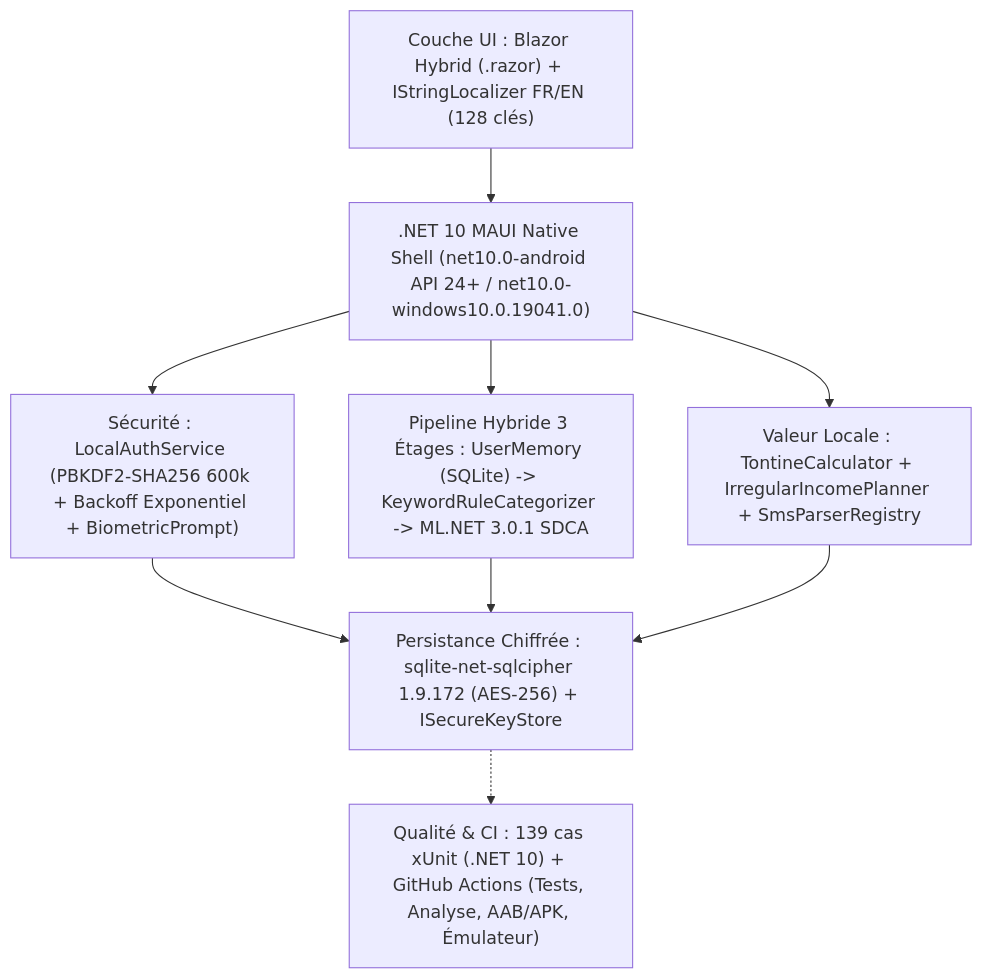
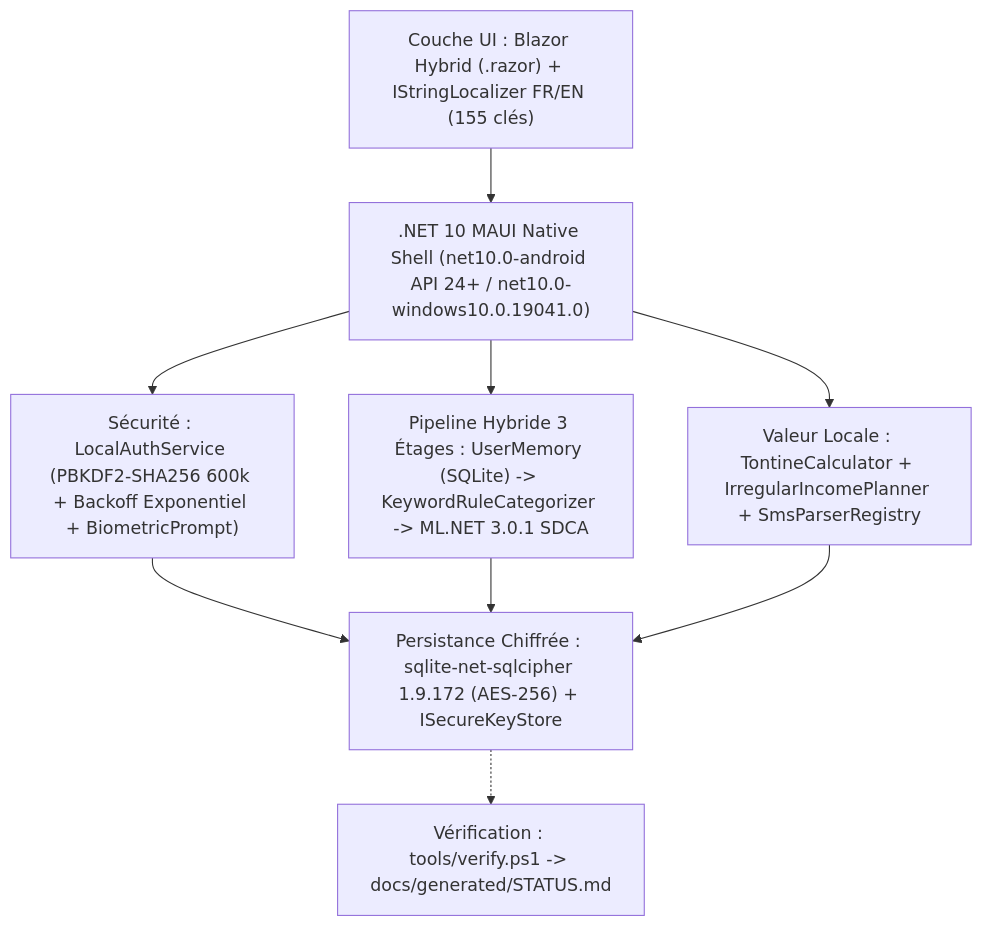
Before and after one commit to ElogeKenzo/SmartBudgetML: the diagram in RAPPORT_PROJET.md, drawn with Mermaid. The commit also changed other lines of this file and 15 other files, not shown here.

Commit message:
chore(phase8-a): fix MAUI build, add verify.ps1 & STATUS.md, align docs & register (N12, N15, N17)

````diff
--- a/RAPPORT_PROJET.md
+++ b/RAPPORT_PROJET.md
@@ -24,19 +22,19 @@
 ```mermaid
 flowchart TD
-    UI["Couche UI : Blazor Hybrid (.razor) + IStringLocalizer FR/EN (128 clés)"]
+    UI["Couche UI : Blazor Hybrid (.razor) + IStringLocalizer FR/EN (155 clés)"]
     SHELL[".NET 10 MAUI Native Shell (net10.0-android API 24+ / net10.0-windows10.0.19041.0)"]
     AUTH["Sécurité : LocalAuthService (PBKDF2-SHA256 600k + Backoff Exponentiel + BiometricPrompt)"]
     ML["Pipeline Hybride 3 Étages : UserMemory (SQLite) -> KeywordRuleCategorizer -> ML.NET 3.0.1 SDCA"]
     LOCAL["Valeur Locale : TontineCalculator + IrregularIncomePlanner + SmsParserRegistry"]
     DATA["Persistance Chiffrée : sqlite-net-sqlcipher 1.9.172 (AES-256) + ISecureKeyStore"]
-    TEST["Qualité & CI : 139 cas xUnit (.NET 10) + GitHub Actions (Tests, Analyse, AAB/APK, Émulateur)"]
+    VERIFY["Vérification : tools/verify.ps1 -> docs/generated/STATUS.md"]
 
     UI --> SHELL
     SHELL --> AUTH
     SHELL --> ML
     SHELL --> LOCAL
     AUTH --> DATA
     ML --> DATA
     LOCAL --> DATA
-    DATA -.-> TEST
+    DATA -.-> VERIFY
 ```
````
